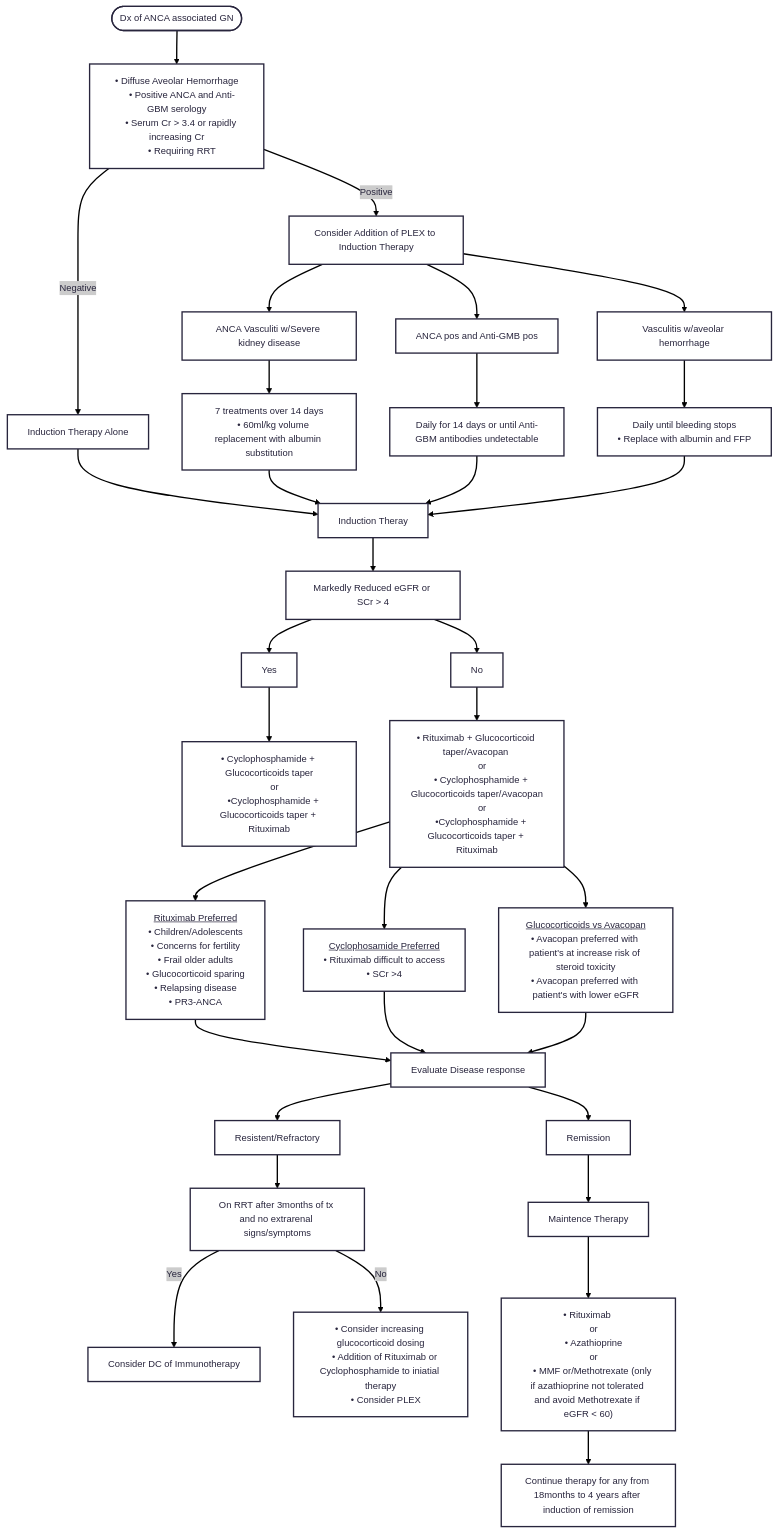
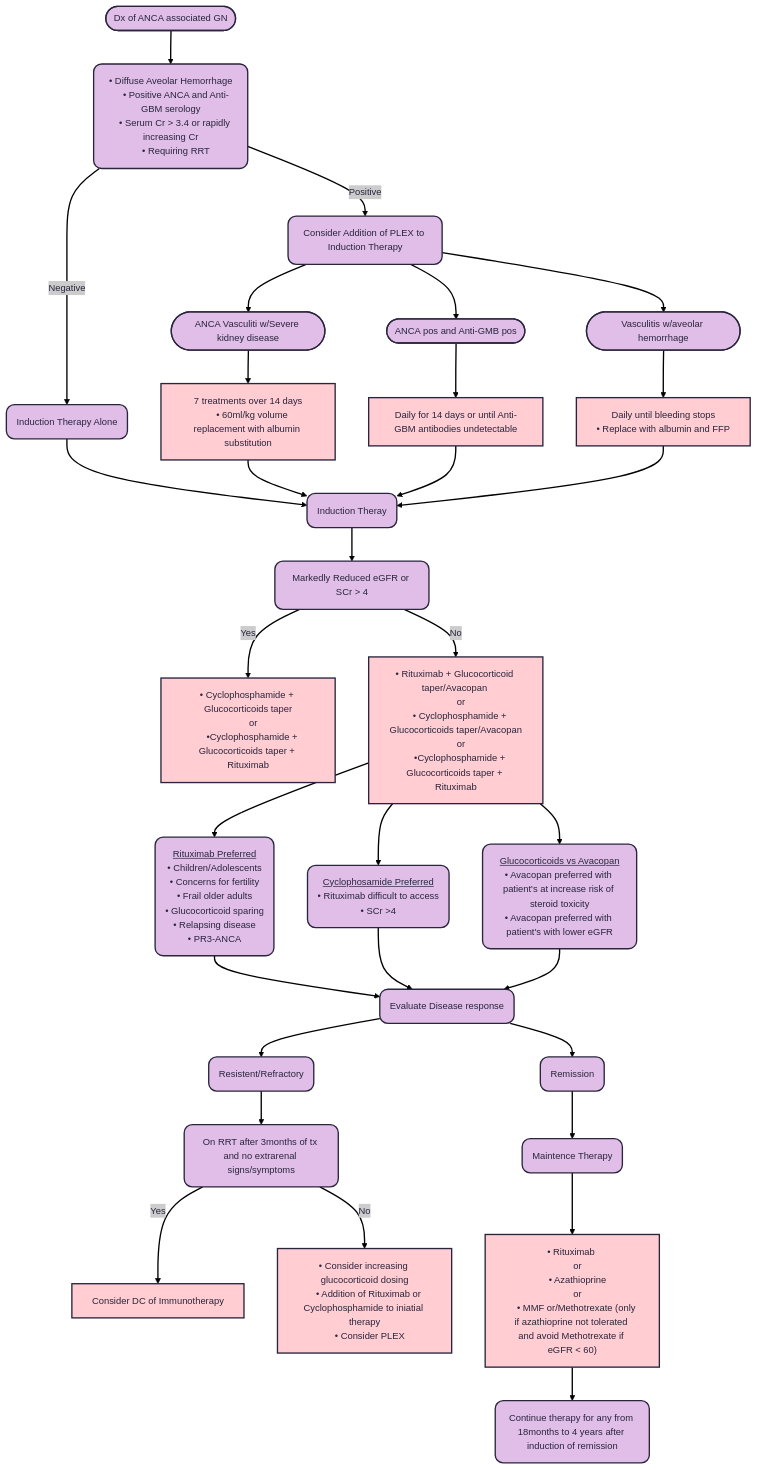
Before and after one commit to TTUNEPH2025/GN: the second of 2 diagrams in docs/ANCA.md, drawn with Mermaid.

````diff
--- a/docs/ANCA.md
+++ b/docs/ANCA.md
@@ -122,7 +122,7 @@
     • Requiring RRT"]
     n2 -- Negative --> n1["Induction Therapy Alone"]
     n2 -- Positive --> n3["Consider Addition of PLEX to Induction Therapy"]
-    n3 --> n4["ANCA Vasculiti w/Severe kidney disease"] & n5["Vasculitis w/aveolar hemorrhage"] & n6["ANCA pos and Anti-GMB pos"]
+    n3 --> n4(["ANCA Vasculiti w/Severe kidney disease"]) & n5(["Vasculitis w/aveolar hemorrhage"]) & n6(["ANCA pos and Anti-GMB pos"])
     n1 --> n7["Induction Theray"]
     n4 --> n10["7 treatments over 14 days
     • 60ml/kg volume replacement with albumin substitution"]
@@ -133,11 +133,10 @@
     n11 --> n7
     n12 --> n7
     n7 --> n13["Markedly Reduced eGFR or SCr > 4"]
-    n13 --> n14["No"] & n15["Yes"]
-    n15 --> n16["• Cyclophosphamide + Glucocorticoids taper
+    n13 -- Yes --> n16["• Cyclophosphamide + Glucocorticoids taper
     or
     •Cyclophosphamide + Glucocorticoids taper + Rituximab"]
-    n14 --> n17["• Rituximab + Glucocorticoid taper/Avacopan 
+    n13 -- No --> n17["• Rituximab + Glucocorticoid taper/Avacopan 
     or
     • Cyclophosphamide + Glucocorticoids taper/Avacopan
     or
@@ -167,4 +166,44 @@
     or
     • MMF or/Methotrexate (only if azathioprine not tolerated and avoid Methotrexate if eGFR &lt; 60)"]
     n28 --> n29["Continue therapy for any from 18months to 4 years after induction of remission"]
+    n2@{ shape: rounded}
+    n1@{ shape: rounded}
+    n3@{ shape: rounded}
+    n7@{ shape: rounded}
+    n13@{ shape: rounded}
+    n18@{ shape: rounded}
+    n19@{ shape: rounded}
+    n20@{ shape: rounded}
+    n21@{ shape: rounded}
+    n22@{ shape: rounded}
+    n23@{ shape: rounded}
+    n24@{ shape: rounded}
+    n25@{ shape: rounded}
+    n29@{ shape: rounded}
+    style A fill:#E1BEE7
+    style n2 fill:#E1BEE7
+    style n1 fill:#E1BEE7
+    style n3 fill:#E1BEE7
+    style n4 fill:#E1BEE7
+    style n5 fill:#E1BEE7
+    style n6 fill:#E1BEE7
+    style n7 fill:#E1BEE7
+    style n10 fill:#FFCDD2
+    style n11 fill:#FFCDD2
+    style n12 fill:#FFCDD2
+    style n13 fill:#E1BEE7
+    style n16 fill:#FFCDD2
+    style n17 fill:#FFCDD2
+    style n18 fill:#E1BEE7
+    style n19 fill:#E1BEE7
+    style n20 fill:#E1BEE7
+    style n21 fill:#E1BEE7
+    style n22 fill:#E1BEE7
+    style n23 fill:#E1BEE7
+    style n24 fill:#E1BEE7
+    style n25 fill:#E1BEE7
+    style n26 fill:#FFCDD2
+    style n27 fill:#FFCDD2
+    style n28 fill:#FFCDD2
+    style n29 fill:#E1BEE7
 ```
````
